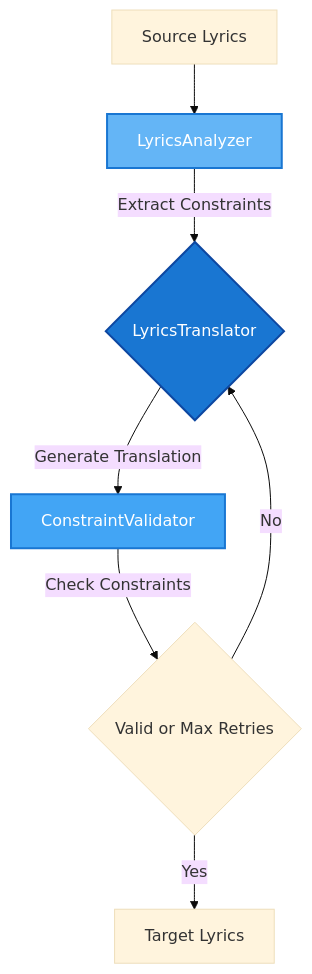
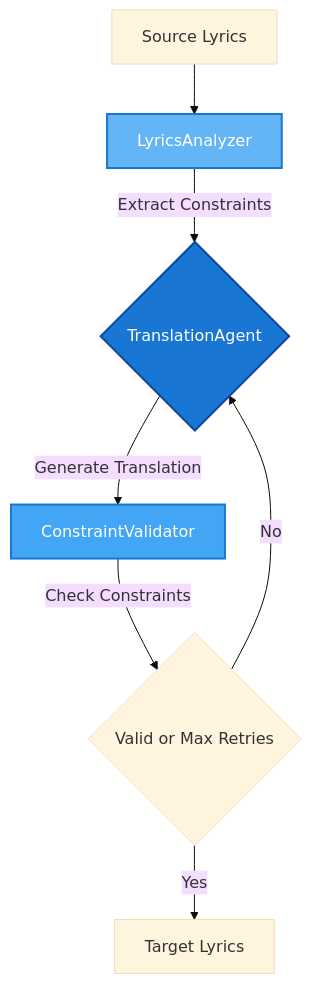
One commit to guan404ming/blt changed the diagram in README.md. Above: the diagram before and after it, drawn with Mermaid (base theme). The commit also changed other lines of this file and 10 other files, not shown here.

````diff
--- a/README.md
+++ b/README.md
@@ -47,13 +47,13 @@
 ```mermaid
 flowchart TD
     A[Source Lyrics] --> B[LyricsAnalyzer]
-    B --> |Extract Constraints| C{LyricsTranslator}
+    B --> |Extract Constraints| C{TranslationAgent}
     C --> |Generate Translation| D[ConstraintValidator]
     D --> |Check Constraints| E{Valid or Max Retries}
     E --> |No| C
     E --> |Yes| F[Target Lyrics]
 
     style B fill:#64b5f6,stroke:#1976d2,stroke-width:2px,color:#fff
     style C fill:#1976d2,stroke:#0d47a1,stroke-width:2px,color:#fff
     style D fill:#42a5f5,stroke:#1976d2,stroke-width:2px,color:#fff
 ```
````
